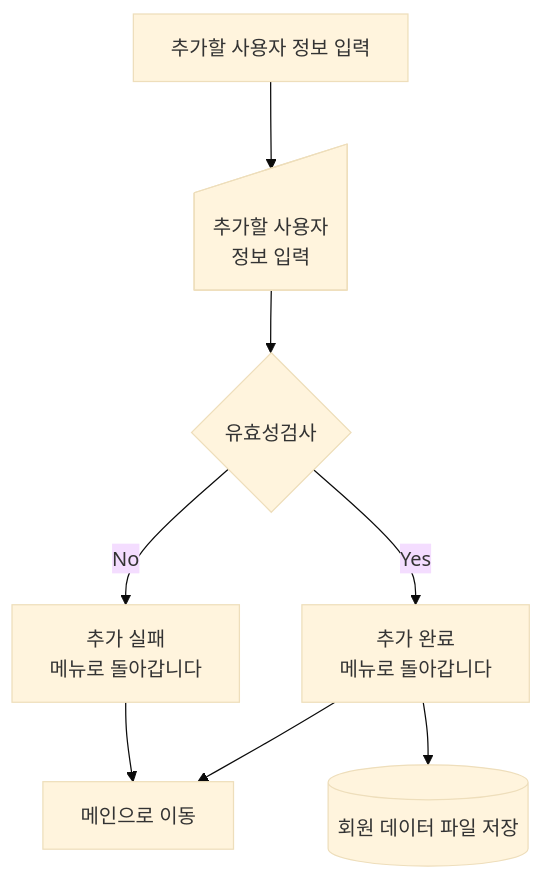
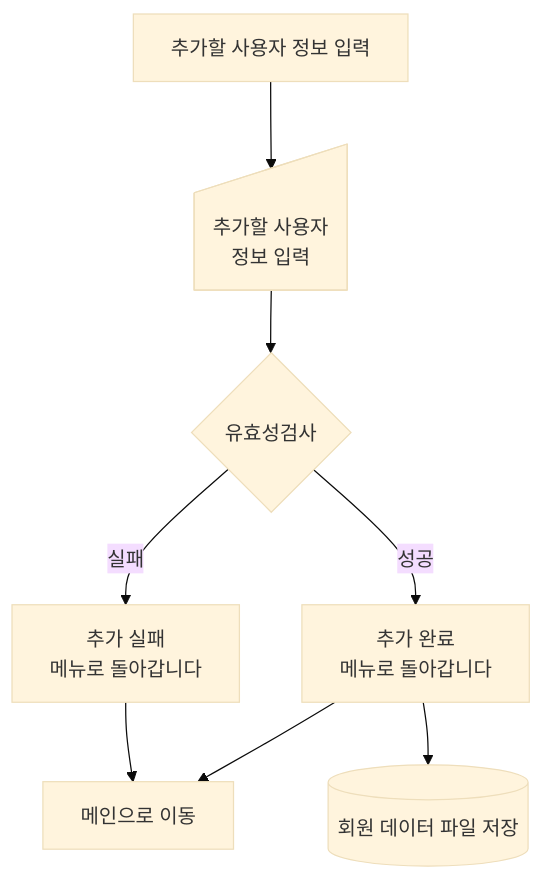
The diagram in docs/flowchart_IMH/add.md (Happy-o3ov/big20-python-project1-team3), drawn with Mermaid (base theme) before and after one commit. The commit also changed 16 other files, not shown here.

Commit message:
Add flowchart and remove other users' data

````diff
--- a/docs/flowchart_IMH/add.md
+++ b/docs/flowchart_IMH/add.md
@@ -3,23 +3,23 @@
 ```mermaid
-flowchart TD 
+flowchart TD
 
     %% 추가할 사용자 정보입력, 유효성검사
     add_message[추가할 사용자 정보 입력]
     add_input@{ shape: manual-input, label: "추가할 사용자<br>정보 입력"}
     check_add_input{유효성검사}
 
     %% 검사 후 동작
     add_fail[추가 실패<br>메뉴로 돌아갑니다]
     add_success[추가 완료<br>메뉴로 돌아갑니다]
     save_file[(회원 데이터 파일 저장)]
     return_menu[메인으로 이동]
 
     add_message --> add_input
     add_input --> check_add_input
-    check_add_input -->|No| add_fail
-    check_add_input -->|Yes| add_success
+    check_add_input -->|실패| add_fail
+    check_add_input -->|성공| add_success
     add_fail --> return_menu
     add_success --> save_file
     add_success --> return_menu
 
 ```
````
